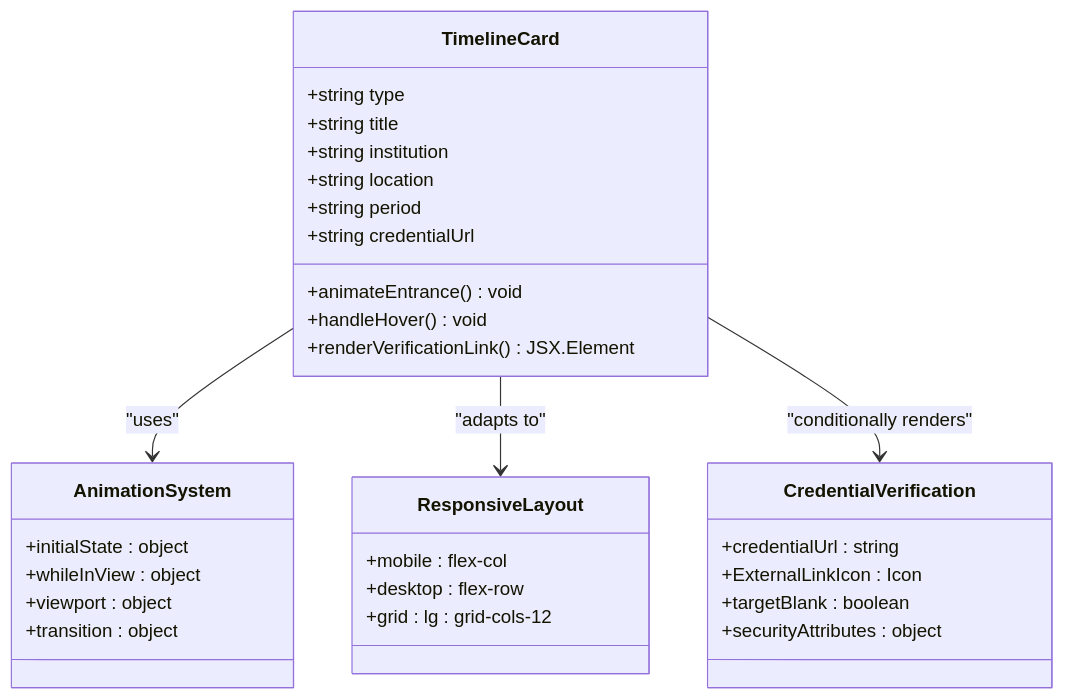
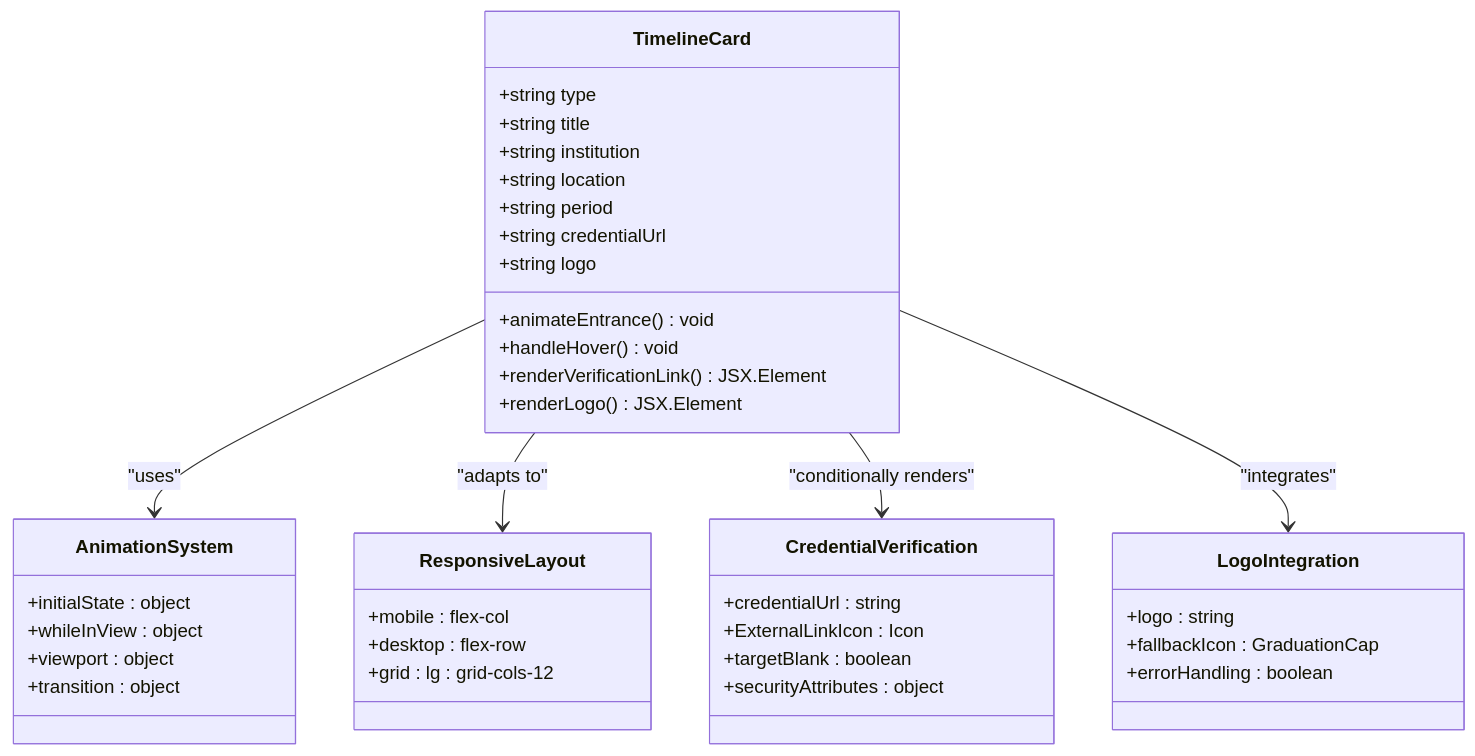
Before and after one commit to subash7781/Portfolio: the fifth of 11 diagrams in .qoder/repowiki/en/content/Component Library & UI Elements/EducationSection Component.md, drawn with Mermaid. The commit also changed other lines of this file and 5 other files, not shown here.

````diff
--- a/.qoder/repowiki/en/content/Component Library & UI Elements/EducationSection Component.md
+++ b/.qoder/repowiki/en/content/Component Library & UI Elements/EducationSection Component.md
@@ -202,34 +208,42 @@
 ```mermaid
 classDiagram
 class TimelineCard {
 +string type
 +string title
 +string institution
 +string location
 +string period
 +string credentialUrl
++string logo
 +animateEntrance() void
 +handleHover() void
 +renderVerificationLink() JSX.Element
++renderLogo() JSX.Element
 }
 class AnimationSystem {
 +initialState : object
 +whileInView : object
 +viewport : object
 +transition : object
 }
 class ResponsiveLayout {
 +mobile : flex-col
 +desktop : flex-row
 +grid : lg : grid-cols-12
 }
 class CredentialVerification {
 +credentialUrl : string
 +ExternalLinkIcon : Icon
 +targetBlank : boolean
 +securityAttributes : object
 }
+class LogoIntegration {
++logo : string
++fallbackIcon : GraduationCap
++errorHandling : boolean
+}
 TimelineCard --> AnimationSystem : "uses"
 TimelineCard --> ResponsiveLayout : "adapts to"
 TimelineCard --> CredentialVerification : "conditionally renders"
+TimelineCard --> LogoIntegration : "integrates"
 ```
````
